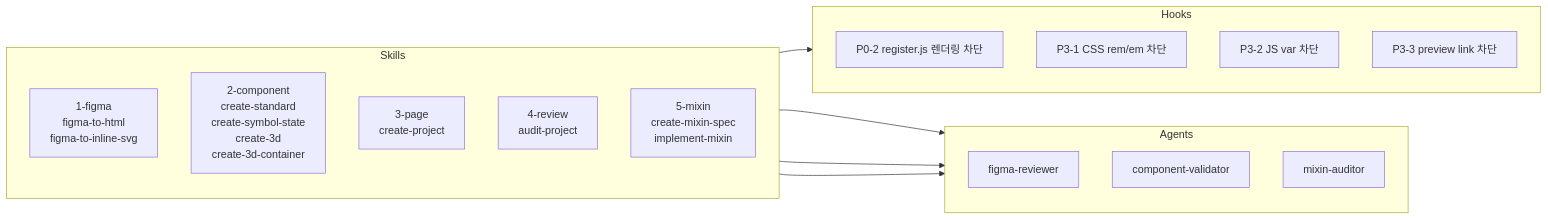
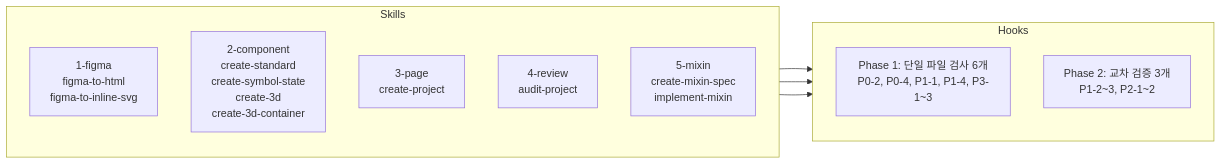
The second of 2 diagrams in CLAUDE.md (dysong-lab/WEB_BUILDER_TOOLKIT), drawn with Mermaid before and after one commit. The commit also changed 18 other files, not shown here.

````diff
--- a/CLAUDE.md
+++ b/CLAUDE.md
@@ -29,31 +29,21 @@
 ```mermaid
 flowchart LR
     subgraph Skills
         direction TB
         S1[1-figma<br/>figma-to-html<br/>figma-to-inline-svg]
         S2[2-component<br/>create-standard<br/>create-symbol-state<br/>create-3d<br/>create-3d-container]
         S3[3-page<br/>create-project]
         S4[4-review<br/>audit-project]
         S5[5-mixin<br/>create-mixin-spec<br/>implement-mixin]
     end
 
-    subgraph Agents
+    subgraph Hooks
         direction TB
-        A1[figma-reviewer]
-        A2[component-validator]
-        A3[mixin-auditor]
+        H1[Phase 1: 단일 파일 검사 6개<br/>P0-2, P0-4, P1-1, P1-4, P3-1~3]
+        H2[Phase 2: 교차 검증 3개<br/>P1-2~3, P2-1~2]
     end
 
-    subgraph Hooks
-        direction TB
-        H1[P0-2 register.js 렌더링 차단]
-        H2[P3-1 CSS rem/em 차단]
-        H3[P3-2 JS var 차단]
-        H4[P3-3 preview link 차단]
-    end
-
-    S1 --> A1
-    S2 --> A2
-    S5 --> A3
     S2 --> H1
+    S2 --> H2
+    S3 --> H2
 ```
````
